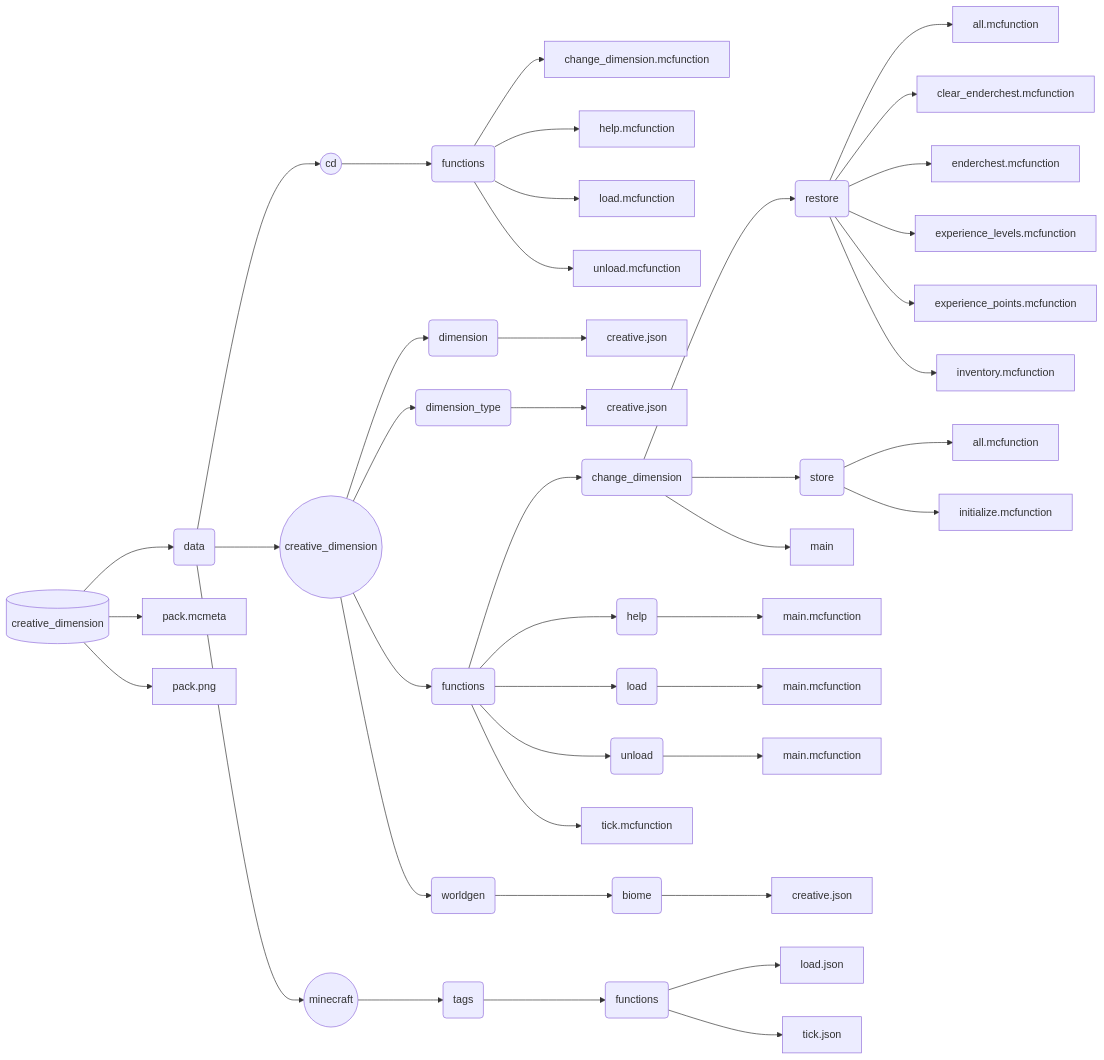
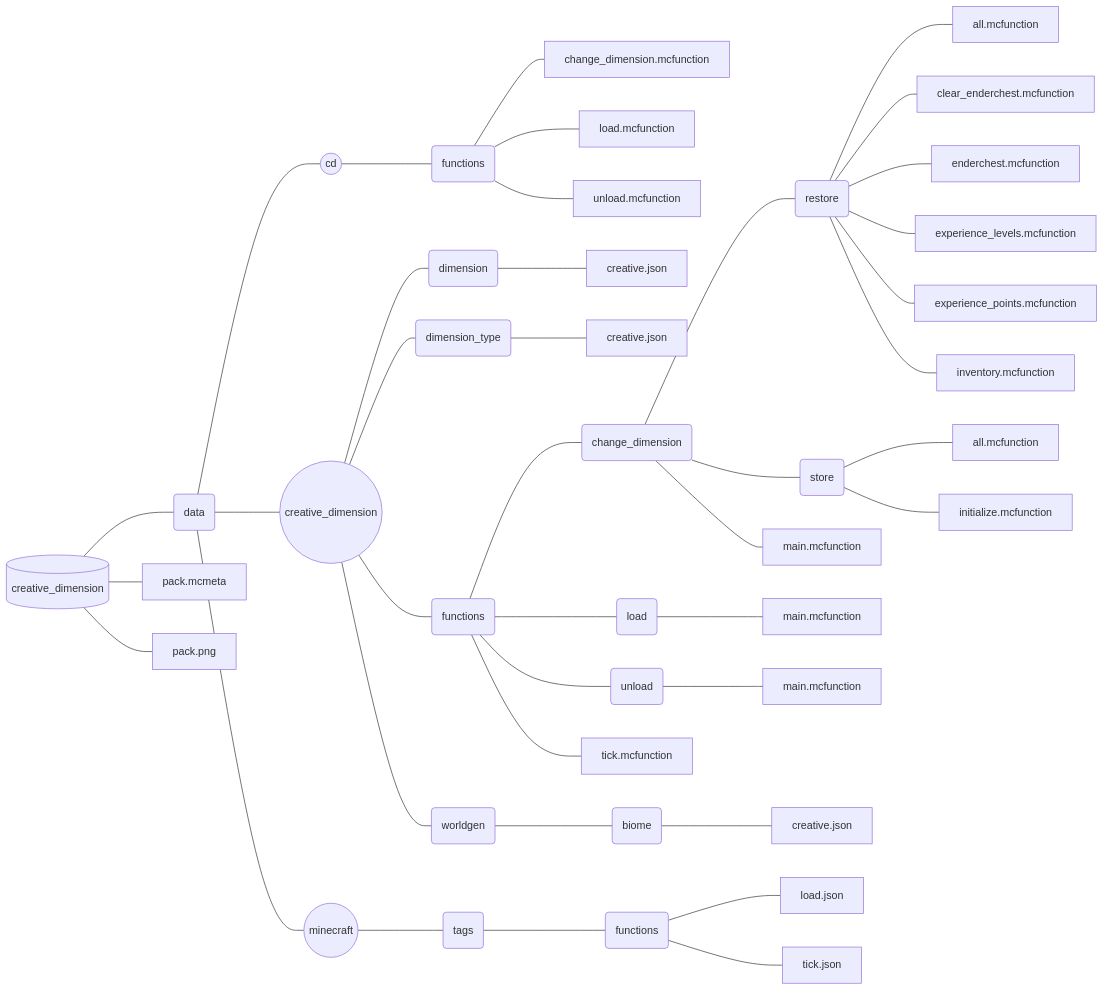
The second of 2 diagrams in README.md (Srymm/creative_dimension), drawn with Mermaid before and after one commit. The commit also changed other lines of this file and 15 other files, not shown here.

````diff
--- a/README.md
+++ b/README.md
@@ -77,36 +62,34 @@
 ```mermaid
 graph LR
 PACK[(creative_dimension)]
-PACK --> DATA(data)
-         DATA --> CD((cd)) --> INTERFACE(functions)
-                               INTERFACE --> A[change_dimension.mcfunction]
-                               INTERFACE --> B[help.mcfunction]
-                               INTERFACE --> C[load.mcfunction]
-                               INTERFACE --> D[unload.mcfunction]
-         DATA --> CREATIVE_DIMENSION((creative_dimension))
-                  CREATIVE_DIMENSION --> DIMENSION(dimension) --> E[creative.json]
-                  CREATIVE_DIMENSION --> DIMENSION_TYPE(dimension_type) --> F[creative.json]
-                  CREATIVE_DIMENSION --> FUNCTIONS(functions)
-                                         FUNCTIONS --> CHANGE_DIMENSION(change_dimension)
-                                                       CHANGE_DIMENSION --> RESTORE(restore)
-                                                                            RESTORE --> H[all.mcfunction]
-                                                                            RESTORE --> I[clear_enderchest.mcfunction]
-                                                                            RESTORE --> J[enderchest.mcfunction]
-                                                                            RESTORE --> K[experience_levels.mcfunction]
-                                                                            RESTORE --> L[experience_points.mcfunction]
-                                                                            RESTORE --> M[inventory.mcfunction]
-                                                       CHANGE_DIMENSION --> STORE(store)
-                                                                            STORE --> N[all.mcfunction]
-                                                                            STORE --> O[initialize.mcfunction]
-                                                       CHANGE_DIMENSION --> P[main]
-                                         FUNCTIONS --> HELP(help) --> Q[main.mcfunction]
-                                         FUNCTIONS --> LOAD(load) --> R[main.mcfunction]
-                                         FUNCTIONS --> UNLOAD(unload) --> S[main.mcfunction]
-                                         FUNCTIONS --> T[tick.mcfunction]
-                  CREATIVE_DIMENSION --> WORLDGEN(worldgen) --> BIOME(biome) --> G[creative.json]
-         DATA --> MINECRAFT((minecraft)) --> TAGS(tags) --> AUTOMATICALLY(functions)
-                                                            AUTOMATICALLY --> U[load.json]
-                                                            AUTOMATICALLY --> V[tick.json]
-PACK-->W[pack.mcmeta]
-PACK-->X[pack.png]
+PACK --- DATA(data)
+         DATA --- CD((cd)) --- INTERFACE(functions)
+                               INTERFACE --- A[change_dimension.mcfunction]
+                               INTERFACE --- C[load.mcfunction]
+                               INTERFACE --- D[unload.mcfunction]
+         DATA --- CREATIVE_DIMENSION((creative_dimension))
+                  CREATIVE_DIMENSION --- DIMENSION(dimension) --- E[creative.json]
+                  CREATIVE_DIMENSION --- DIMENSION_TYPE(dimension_type) --- F[creative.json]
+                  CREATIVE_DIMENSION --- FUNCTIONS(functions)
+                                         FUNCTIONS --- CHANGE_DIMENSION(change_dimension)
+                                                       CHANGE_DIMENSION --- RESTORE(restore)
+                                                                            RESTORE --- H[all.mcfunction]
+                                                                            RESTORE --- I[clear_enderchest.mcfunction]
+                                                                            RESTORE --- J[enderchest.mcfunction]
+                                                                            RESTORE --- K[experience_levels.mcfunction]
+                                                                            RESTORE --- L[experience_points.mcfunction]
+                                                                            RESTORE --- M[inventory.mcfunction]
+                                                       CHANGE_DIMENSION --- STORE(store)
+                                                                            STORE --- N[all.mcfunction]
+                                                                            STORE --- O[initialize.mcfunction]
+                                                       CHANGE_DIMENSION --- P[main.mcfunction]
+                                         FUNCTIONS --- LOAD(load) --- R[main.mcfunction]
+                                         FUNCTIONS --- UNLOAD(unload) --- S[main.mcfunction]
+                                         FUNCTIONS --- T[tick.mcfunction]
+                  CREATIVE_DIMENSION --- WORLDGEN(worldgen) --- BIOME(biome) --- U[creative.json]
+         DATA --- MINECRAFT((minecraft)) --- TAGS(tags) --- AUTOMATICALLY(functions)
+                                                            AUTOMATICALLY --- V[load.json]
+                                                            AUTOMATICALLY --- W[tick.json]
+PACK --- X[pack.mcmeta]
+PACK --- Y[pack.png]
 ```
````
